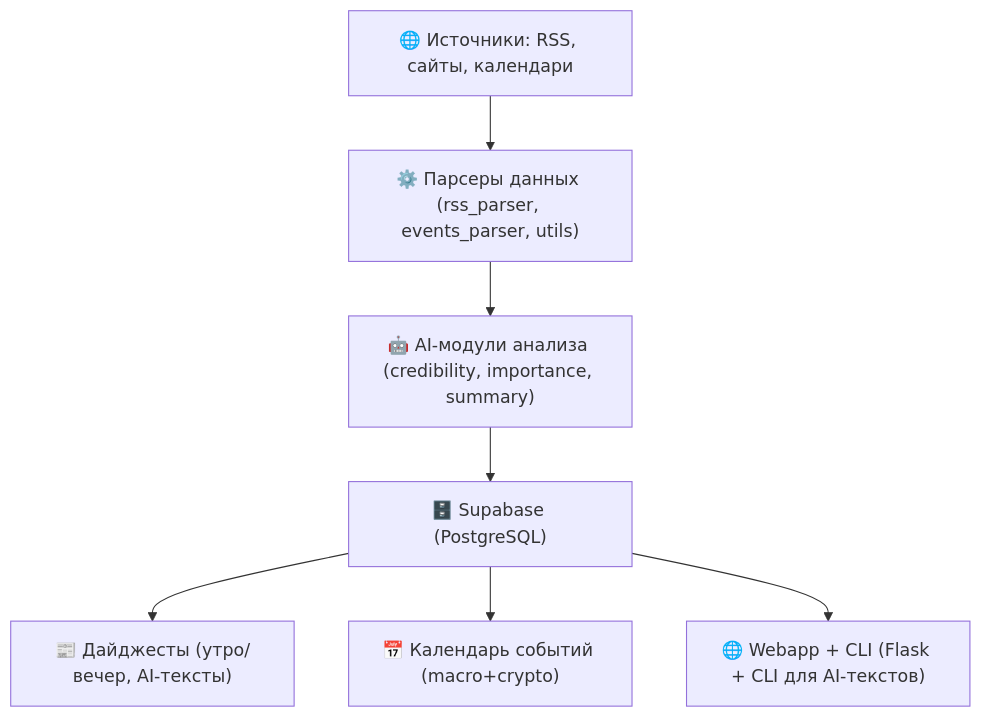
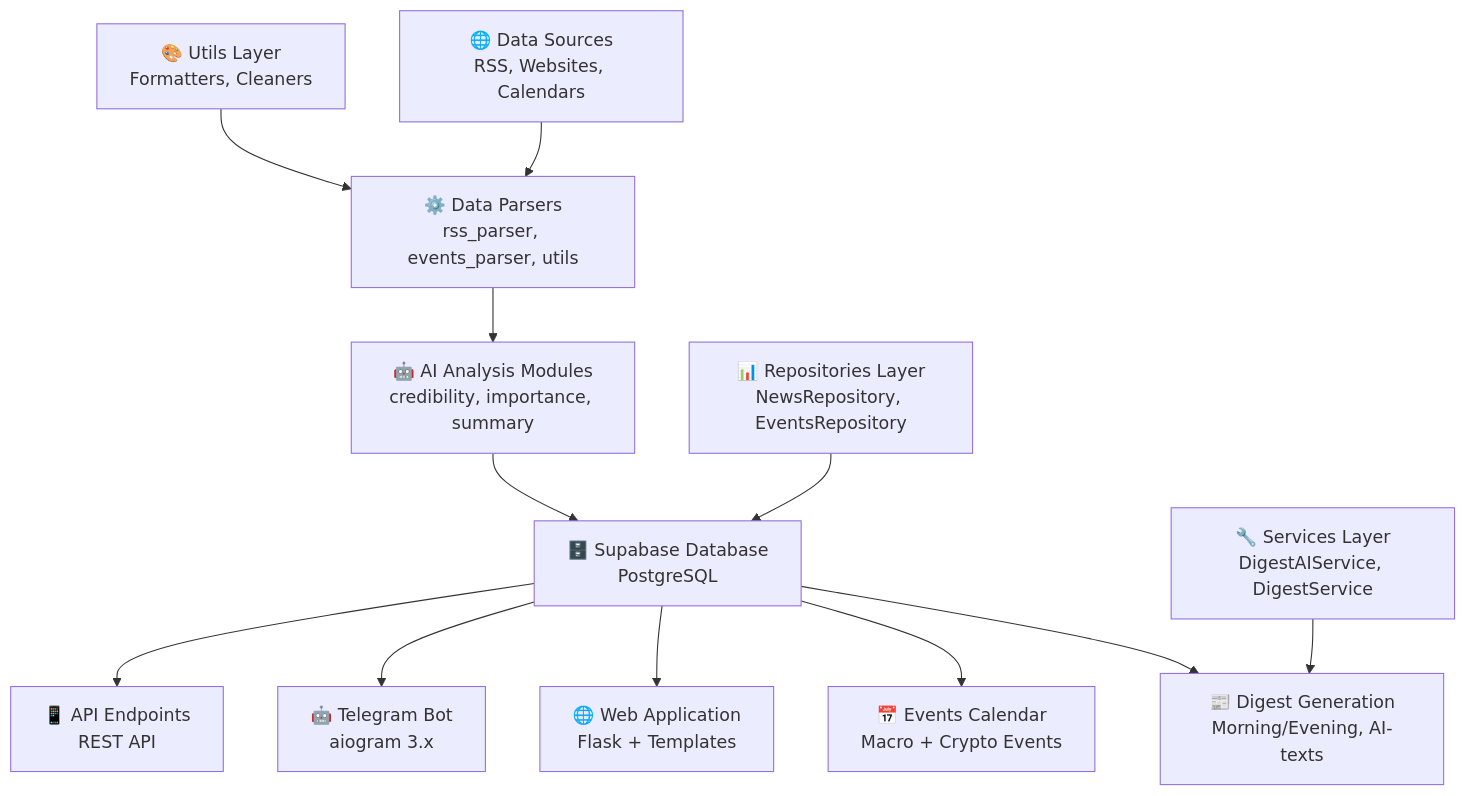
One commit to denius89/news_ai_bot changed the first of 2 diagrams in docs/ARCHITECTURE.md. Above: the diagram before and after it, drawn with Mermaid. The commit also changed other lines of this file and 28 other files, not shown here.

Commit message:
docs+refactor(day6): обновление md файлов, сервисов и репозиториев, добавлен digest_ai_service и тесты

````diff
--- a/docs/ARCHITECTURE.md
+++ b/docs/ARCHITECTURE.md
@@ -7,9 +22,15 @@
 ```mermaid
 flowchart TD
-    A["🌐 Источники: RSS, сайты, календари"] --> B["⚙️ Парсеры данных (rss_parser, events_parser, utils)"]
-    B --> C["🤖 AI-модули анализа (credibility, importance, summary)"]
-    C --> D["🗄️ Supabase (PostgreSQL)"]
-    D --> E["📰 Дайджесты (утро/вечер, AI-тексты)"]
-    D --> F["📅 Календарь событий (macro+crypto)"]
-    D --> G["🌐 Webapp + CLI (Flask + CLI для AI-текстов)"]
+    A["🌐 Data Sources<br/>RSS, Websites, Calendars"] --> B["⚙️ Data Parsers<br/>rss_parser, events_parser, utils"]
+    B --> C["🤖 AI Analysis Modules<br/>credibility, importance, summary"]
+    C --> D["🗄️ Supabase Database<br/>PostgreSQL"]
+    D --> E["📰 Digest Generation<br/>Morning/Evening, AI-texts"]
+    D --> F["📅 Events Calendar<br/>Macro + Crypto Events"]
+    D --> G["🌐 Web Application<br/>Flask + Templates"]
+    D --> H["🤖 Telegram Bot<br/>aiogram 3.x"]
+    D --> I["📱 API Endpoints<br/>REST API"]
+    
+    J["🔧 Services Layer<br/>DigestAIService, DigestService"] --> E
+    K["📊 Repositories Layer<br/>NewsRepository, EventsRepository"] --> D
+    L["🎨 Utils Layer<br/>Formatters, Cleaners"] --> B
 ```
````
